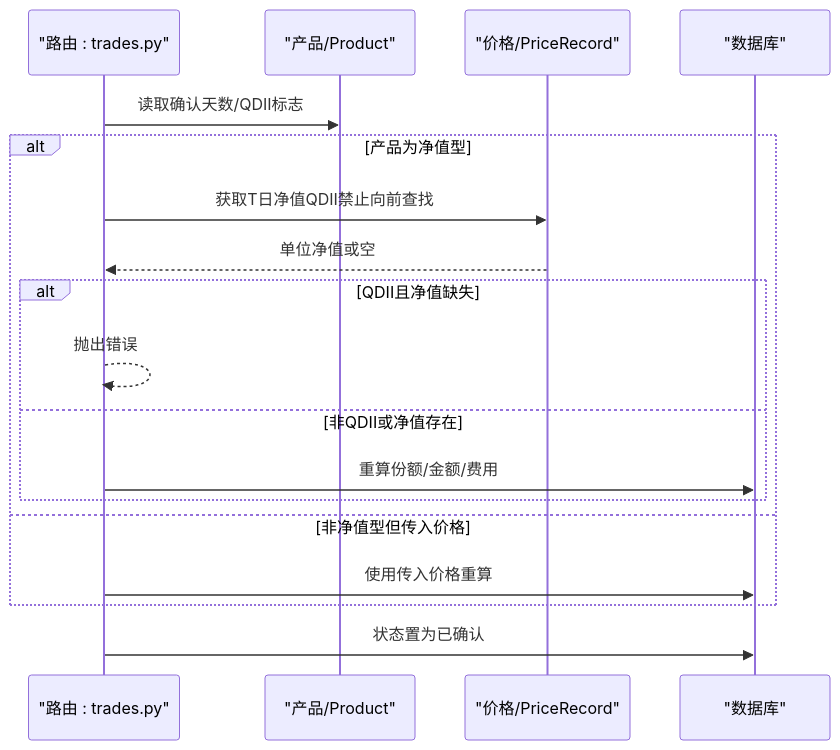
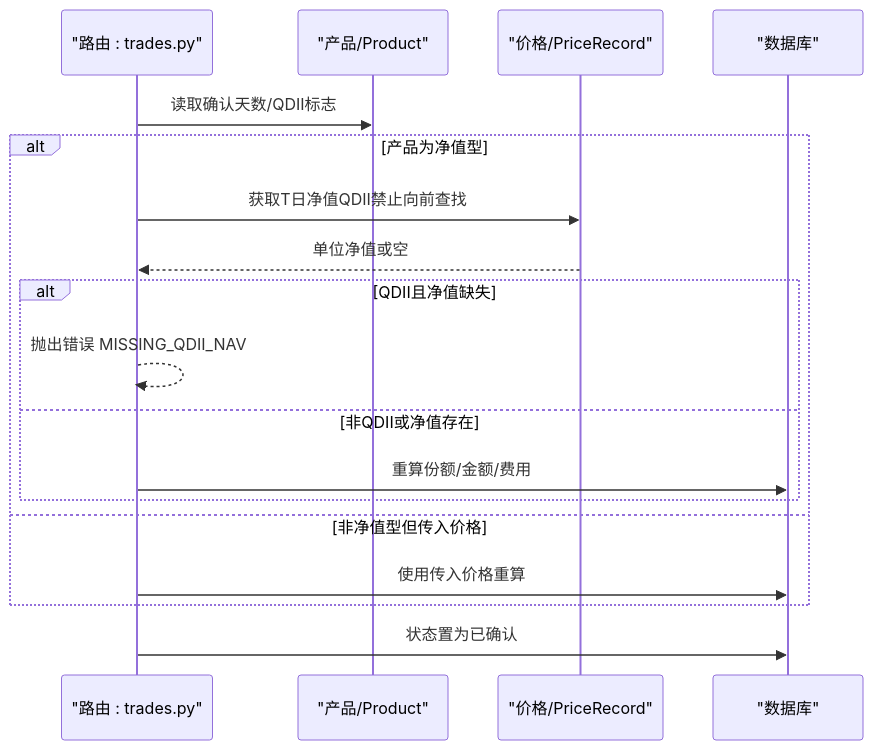
Before and after one commit to gujialind/InvestRing: the sixth of 9 diagrams in .qoder/repowiki/zh/content/核心业务功能/交易处理.md, drawn with Mermaid. The commit also changed other lines of this file and 16 other files, not shown here.

````diff
--- a/.qoder/repowiki/zh/content/核心业务功能/交易处理.md
+++ b/.qoder/repowiki/zh/content/核心业务功能/交易处理.md
@@ -221,20 +249,20 @@
 ```mermaid
 sequenceDiagram
 participant R as "路由 : trades.py"
 participant P as "产品/Product"
 participant PR as "价格/PriceRecord"
 participant DB as "数据库"
 R->>P : 读取确认天数/QDII标志
 alt 产品为净值型
 R->>PR : 获取T日净值QDII禁止向前查找
 PR-->>R : 单位净值或空
 alt QDII且净值缺失
-R-->>R : 抛出错误
+R-->>R : 抛出错误 MISSING_QDII_NAV
 else 非QDII或净值存在
 R->>DB : 重算份额/金额/费用
 end
 else 非净值型但传入价格
 R->>DB : 使用传入价格重算
 end
 R->>DB : 状态置为已确认
 ```
````
